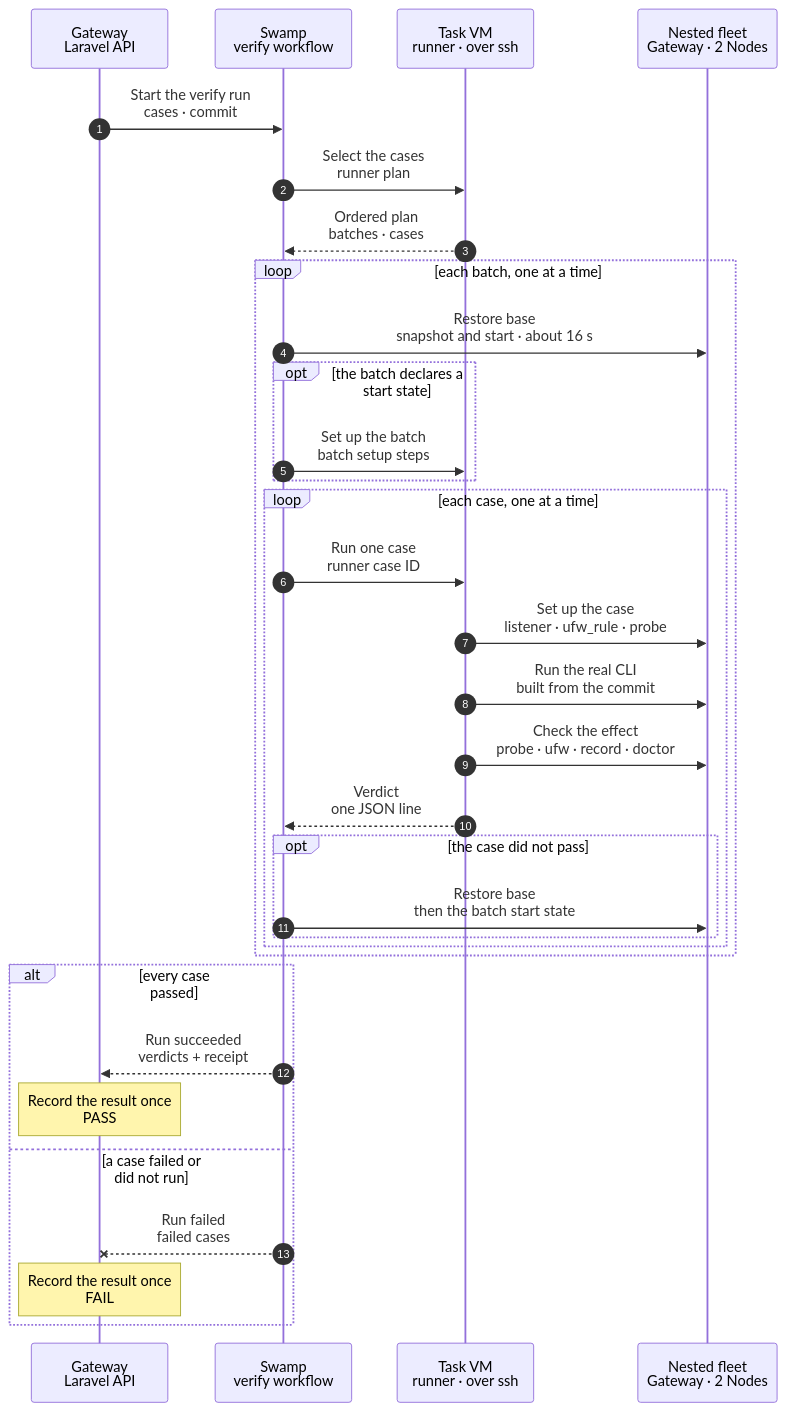
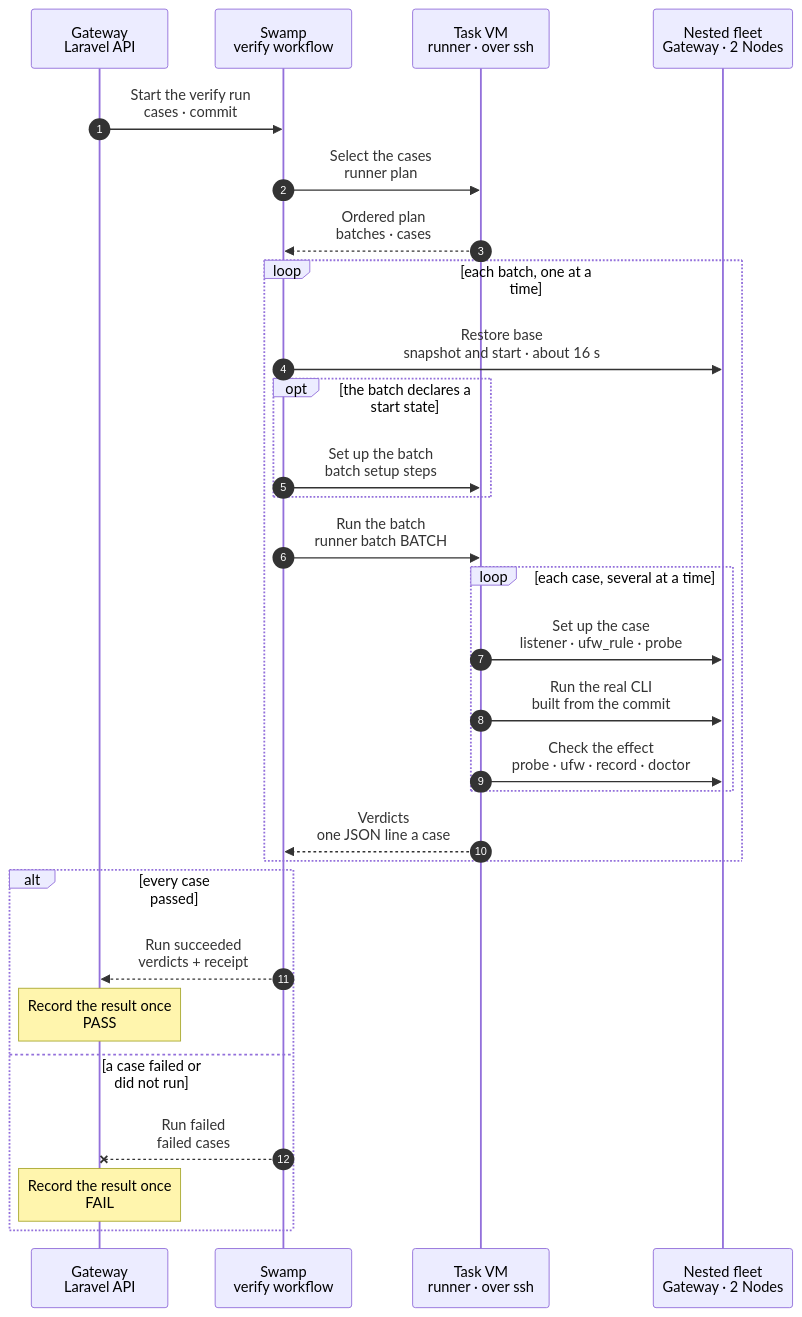
Before and after one commit to hardimpactdev/orbit: the diagram in docs/reference/pipeline/3-proof-runner.mmd, drawn with Mermaid. The commit also changed 6 other files, not shown here.

Commit message:
feat(proof): run a batch in one Swamp step with runner batch

```diff
--- a/docs/reference/pipeline/3-proof-runner.mmd
+++ b/docs/reference/pipeline/3-proof-runner.mmd
@@ -1,76 +1,73 @@
 sequenceDiagram
-  %% Target design: the proof runner inside stage 3 of the command development pipeline (design: reference/verification-cases). One shared runner executes the cases of one command; each batch restores the task's base snapshot once, cases use their own resources and undo nothing, and a case that did not pass triggers a restore; a case is a specification built from a fixed set of steps. Orbit's own Swamp runs the runner over SSH in the task VM, as part of the "Run the proof" child of proof:run. The Gateway only admits the request and records the verdicts.
+  %% Target design: the proof runner inside stage 3 of the command development pipeline (design: reference/verification-cases). One shared runner executes the cases of one command; each batch restores the task's base snapshot once, cases use their own resources and undo nothing, the cases of a batch run in one step, several at a time on different Nodes; a case is a specification built from a fixed set of steps. Orbit's own Swamp runs the runner over SSH in the task VM, as part of the "Run the proof" child of proof:run. The Gateway only admits the request and records the verdicts.
   %% status: draft
   %% command: development pipeline stage 3 · proof runner
   %% kind: pipeline.3-proof-runner
   autonumber
   %% lane GW icon=gateway pill=intent tone=blue
   %% lane SW icon=workflow pill=executes tone=green
   %% lane VM icon=server pill=target tone=purple
   %% lane NT icon=server pill=fleet tone=amber
   participant GW as Gateway<br/>Laravel API
   participant SW as Swamp<br/>verify workflow
   participant VM as Task VM<br/>runner · over ssh
   participant NT as Nested fleet<br/>Gateway · 2 Nodes
   GW->>SW: Start the verify run<br/>cases · commit
   %%> Inputs:
   %%> - the commit and the one command whose cases run; in CI, `proof:run` proves each affected command separately
   %%> Why:
   %%> - the Gateway only authorizes; Swamp owns the run and its state
   SW->>VM: Select the cases<br/>runner plan
   %%> What it does:
   %%> - reads the command's cases file at the tested commit
   %%> - refuses a case with an unknown step, an unknown chart path or no batch
   %%> - lists the chart paths, options and codes that no case covers
   %%> - groups the cases by batch, in the order of `swamp/proof/batches.yaml`; inside a batch, in file order
   %%> - `runner plan --lines` prints one line a batch, `BATCH SETUP CASE...`, which the workflow reads; the workflow `proof-fleet-verify` is built
   VM-->>SW: Ordered plan<br/>batches · cases
   loop each batch, one at a time
     SW->>NT: Restore base<br/>snapshot and start · about 16 s
     %%> What it does:
     %%> - restores the task's plain snapshot `base` of the three nested containers (a reboot); skipped when the fleet is still at `base`, as for the first batch
     %%> - a restore that fails or is not healthy within 45 s stops the run; the cases that did not run become `unrun` with cause `infrastructure`
     %%> - built, not yet passed live: the step is the workflow `proof-fleet-restore` (restore, start, boot wait, readiness, apply the checkout), which `proof-fleet-verify-batch` calls; 0 of 2 runs succeeded by 2026-11-06; the old `runner restore` was removed
     opt the batch declares a start state
       SW->>VM: Set up the batch<br/>batch setup steps
       %%> What it does:
       %%> - runs the setup steps of the batch, such as extra addresses on the Nodes
     end
-    loop each case, one at a time
-      SW->>VM: Run one case<br/>runner case ID
-      %%> What it does:
-      %%> - runs the setup, act and expect steps of the case in order
-      %%> - no undo and no cleanup: the case uses its own resources (free ports, its own listeners, a new Instance), so it does not touch the other cases of the batch
-      %%> Result:
-      %%> - one verdict line; the full receipt stays in the evidence directory
+    SW->>VM: Run the batch<br/>runner batch BATCH
+    %%> What it does:
+    %%> - one Swamp step runs every case of the batch; the runner reads the fleet once
+    %%> - the cases that share the fleet run several at a time (the `parallel` key of the cases file, 4 by default), never two on one Node: each case acts on one Node of the cases file's `spread`, and the Gateway lets one firewall write run on a Node at a time
+    %%> - the cases that change or compare what every case shares (the Operation list, a fault, a held lock) run alone, after the others
+    %%> - no restore after a failed case: cases use their own resources, undo nothing, and the next batch restores anyway
+    %%> Result:
+    %%> - one verdict line a case, those that did not pass first; the full receipt of each stays in the evidence directory
+    loop each case, several at a time
       VM->>NT: Set up the case<br/>listener · ufw_rule · probe
       %%> What it does:
       %%> - builds the starting state, then probes it, for example a blocked port and a working control port
       %%> - a bound firewall anchor matches the current case's tuple and comment for the same protocol, so a repeated comment from an earlier case or another protocol cannot select its rule
       %%> When:
       %%> - a failed setup step ends the case as `unrun`; it is not a pass
       VM->>NT: Run the real CLI<br/>built from the commit
       %%> What it does:
       %%> - the `act` steps call the command through its real interface and check exit status, result code and skip reason
       VM->>NT: Check the effect<br/>probe · ufw · record · doctor
       %%> What it does:
       %%> - the `expect` steps check traffic, rule order, the Gateway record and Doctor
       %%> - every step runs, so one verdict lists all failures
-      VM-->>SW: Verdict<br/>one JSON line
-      %%> Returns:
-      %%> - the case id, `passed`, `failed` (cause `assertion` or `infrastructure`) or `unrun` (cause `precondition`), the failed checks and the seconds
-      opt the case did not pass
-        SW->>NT: Restore base<br/>then the batch start state
-        %%> Why:
-        %%> - a failed case can leave anything behind; the next case starts clean
-        %%> - the last case of a batch skips it, because the next batch restores anyway
-      end
     end
+    VM-->>SW: Verdicts<br/>one JSON line a case
+    %%> Returns:
+    %%> - the case id, `passed`, `failed` (cause `assertion` or `infrastructure`) or `unrun` (cause `precondition`), the failed checks and the seconds
+    %%> - Swamp cuts a step's output at 4096 bytes: the runner prints the lines that did not pass first, and counts the lines it had to leave out; a case without a line is reported as having printed no verdict
   end
   alt every case passed
     SW-->>GW: Run succeeded<br/>verdicts + receipt
     Note over GW: Record the result once<br/>PASS
   else a case failed or did not run
     SW--xGW: Run failed<br/>failed cases
     Note over GW: Record the result once<br/>FAIL
   end
```
